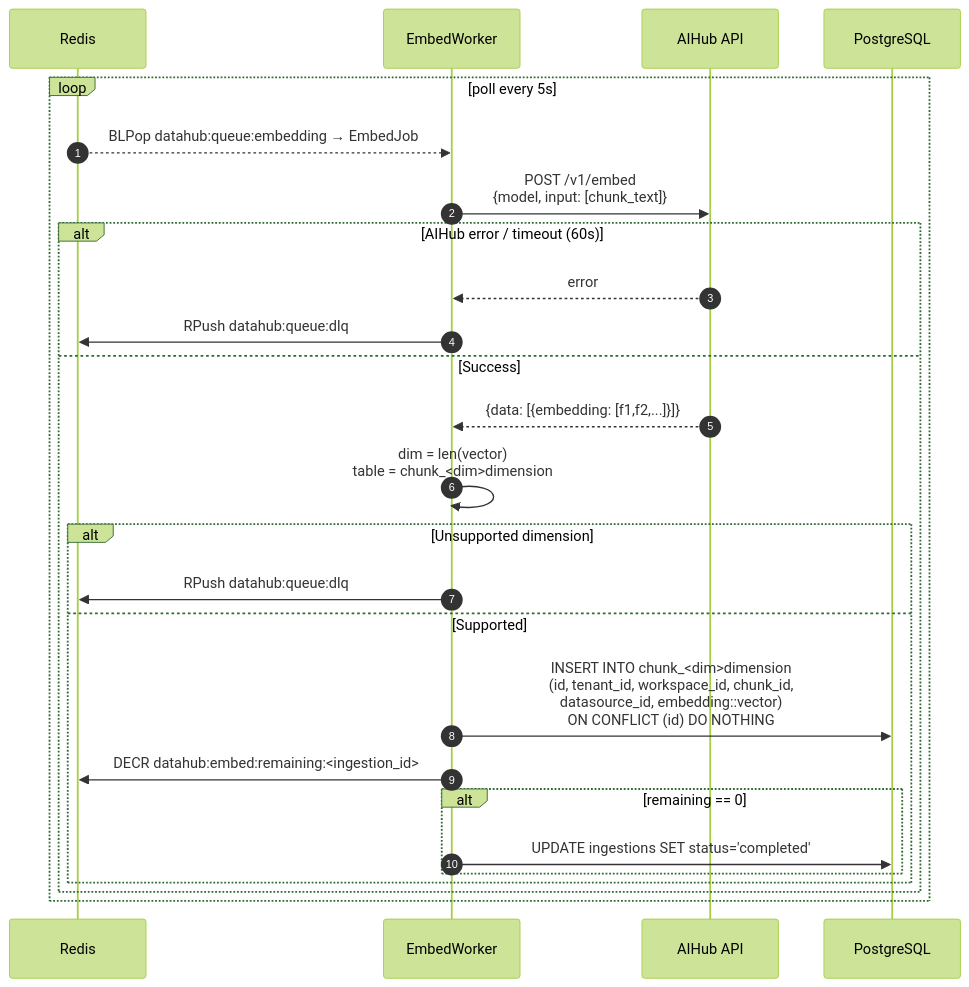
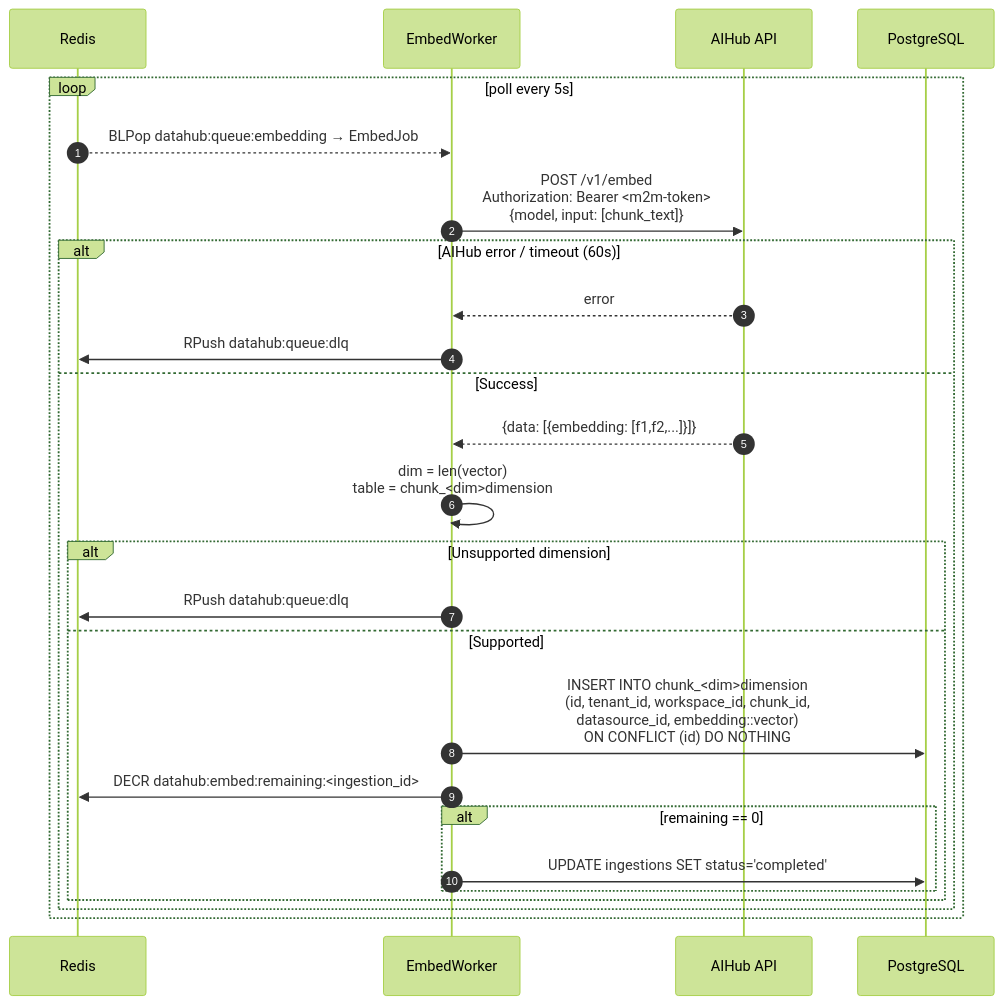
Before and after one commit to Andrew-Bu1/Agent-Platform: the seventh of 11 diagrams in docs/architecture/datahub/sequence.md, drawn with Mermaid (forest theme). The commit also changed other lines of this file and 21 other files, not shown here.

````diff
--- a/docs/architecture/datahub/sequence.md
+++ b/docs/architecture/datahub/sequence.md
@@ -325,29 +327,29 @@
 ```mermaid
 sequenceDiagram
     autonumber
     participant Redis as Redis
     participant EW as EmbedWorker
     participant AIHub as AIHub API
     participant DB as PostgreSQL
 
     loop poll every 5s
         Redis-->>EW: BLPop datahub:queue:embedding → EmbedJob
-        EW->>AIHub: POST /v1/embed<br/>{model, input: [chunk_text]}
+        EW->>AIHub: POST /v1/embed<br/>Authorization: Bearer <m2m-token><br/>{model, input: [chunk_text]}
         alt AIHub error / timeout (60s)
             AIHub-->>EW: error
             EW->>Redis: RPush datahub:queue:dlq
         else Success
             AIHub-->>EW: {data: [{embedding: [f1,f2,...]}]}
             EW->>EW: dim = len(vector)<br/>table = chunk_<dim>dimension
             alt Unsupported dimension
                 EW->>Redis: RPush datahub:queue:dlq
             else Supported
                 EW->>DB: INSERT INTO chunk_<dim>dimension<br/>(id, tenant_id, workspace_id, chunk_id,<br/>datasource_id, embedding::vector)<br/>ON CONFLICT (id) DO NOTHING
                 EW->>Redis: DECR datahub:embed:remaining:<ingestion_id>
                 alt remaining == 0
                     EW->>DB: UPDATE ingestions SET status='completed'
                 end
             end
         end
     end
 ```
````
